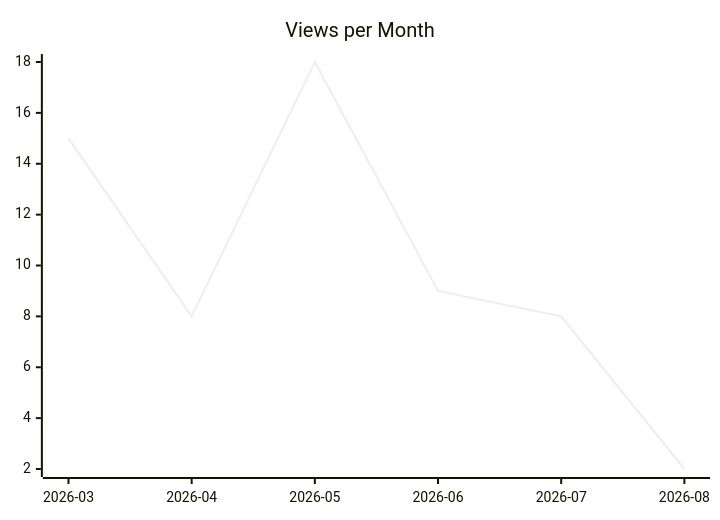
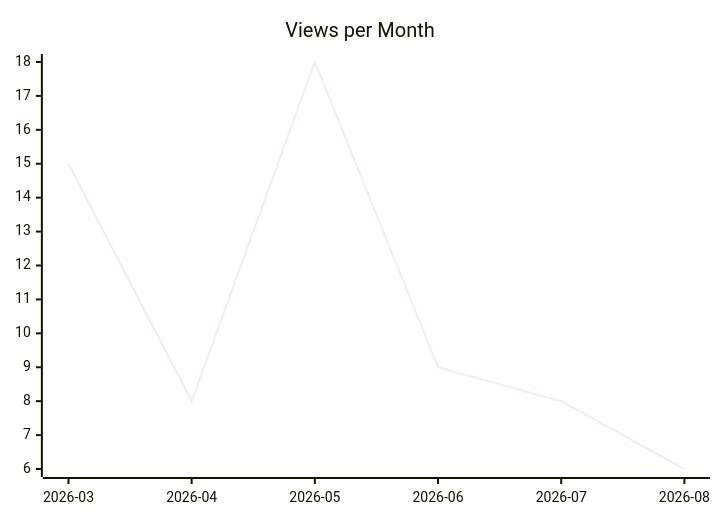
Before and after one commit to justdavis-family/github-analytics-data: the second of 3 diagrams in karlmdavis/xmlpull/README.md, drawn with Mermaid. The commit also changed other lines of this file and 174 other files, not shown here.

````diff
--- a/karlmdavis/xmlpull/README.md
+++ b/karlmdavis/xmlpull/README.md
@@ -12,6 +12,6 @@
 ```mermaid
 xychart-beta
   title "Views per Month"
   x-axis ["2026-03", "2026-04", "2026-05", "2026-06", "2026-07", "2026-08"]
-  line [15, 8, 18, 9, 8, 2]
+  line [15, 8, 18, 9, 8, 6]
 ```
````
